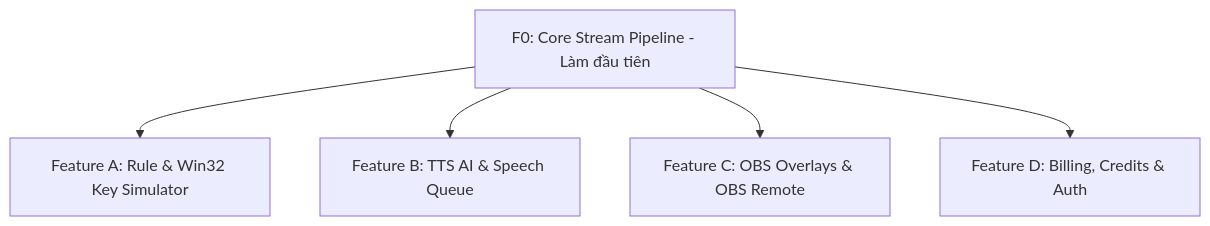
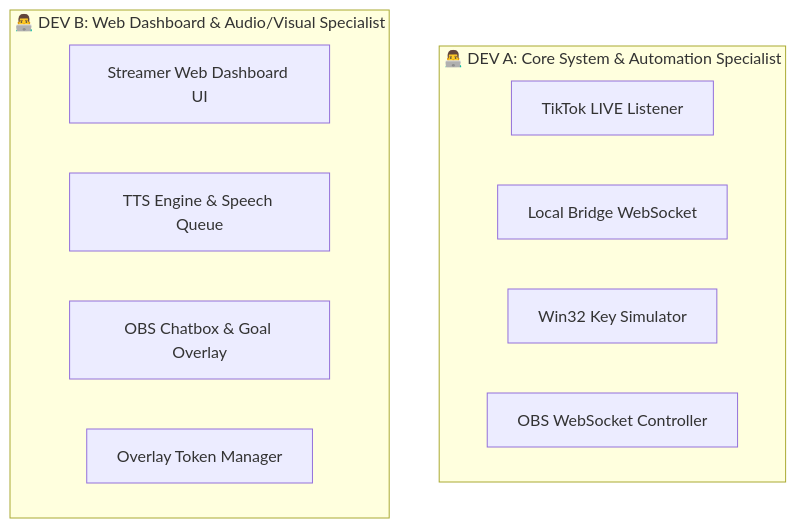
The diagram in ROADMAP_AND_TASK_DIVISION.md (thydynh03/LiveNova), drawn with Mermaid before and after one commit. The commit also changed other lines of this file, not shown here.

Commit message:
docs: update ROADMAP_AND_TASK_DIVISION.md for 2-developer MVP roadmap

````diff
--- a/ROADMAP_AND_TASK_DIVISION.md
+++ b/ROADMAP_AND_TASK_DIVISION.md
@@ -10,7 +25,16 @@
 ```mermaid
 graph TD
-    MVP[F0: Core Stream Pipeline - Làm đầu tiên] --> FA[Feature A: Rule & Win32 Key Simulator]
-    MVP --> FB[Feature B: TTS AI & Speech Queue]
-    MVP --> FC[Feature C: OBS Overlays & OBS Remote]
-    MVP --> FD[Feature D: Billing, Credits & Auth]
+    subgraph DEVA [👨‍💻 DEV A: Core System & Automation Specialist]
+        A1[TikTok LIVE Listener]
+        A2[Local Bridge WebSocket]
+        A3[Win32 Key Simulator]
+        A4[OBS WebSocket Controller]
+    end
+
+    subgraph DEVB [👨‍💻 DEV B: Web Dashboard & Audio/Visual Specialist]
+        B1[Streamer Web Dashboard UI]
+        B2[TTS Engine & Speech Queue]
+        B3[OBS Chatbox & Goal Overlay]
+        B4[Overlay Token Manager]
+    end
 ```
````
